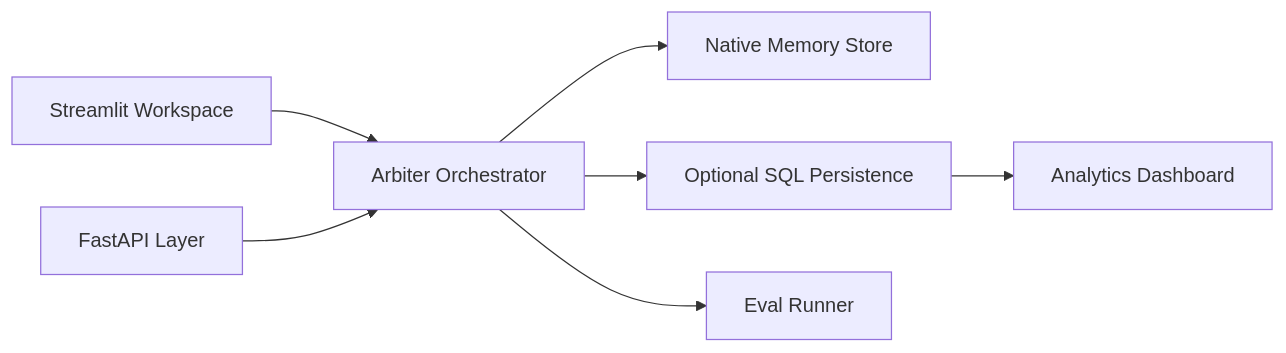
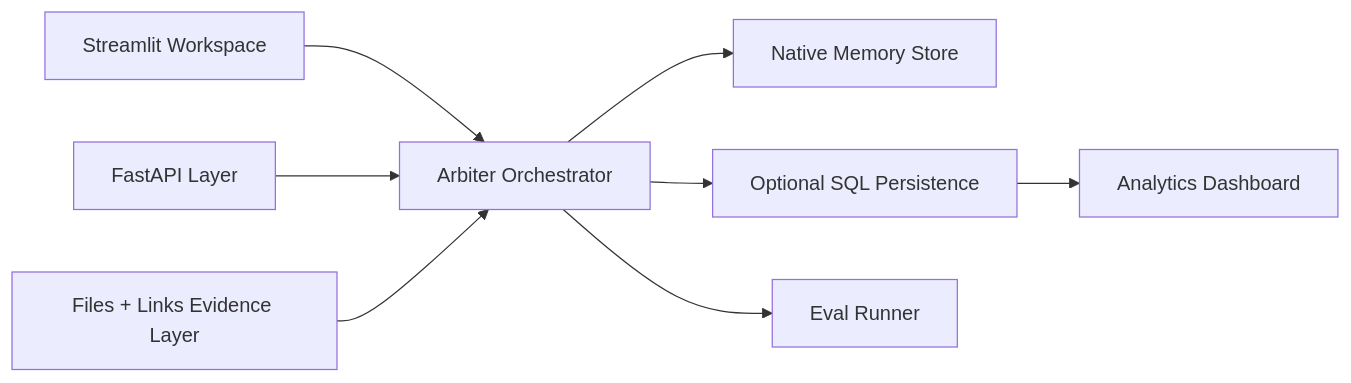
Before and after one commit to lucaomul/TheArbiter: the second of 2 diagrams in README.md, drawn with Mermaid. The commit also changed other lines of this file and 63 other files, not shown here.

````diff
--- a/README.md
+++ b/README.md
@@ -40,9 +73,10 @@
 ```mermaid
 flowchart LR
     UI["Streamlit Workspace"] --> ORCH["Arbiter Orchestrator"]
     API["FastAPI Layer"] --> ORCH
+    EVD["Files + Links Evidence Layer"] --> ORCH
     ORCH --> MEM["Native Memory Store"]
     ORCH --> SQL["Optional SQL Persistence"]
     ORCH --> EVAL["Eval Runner"]
     SQL --> AD["Analytics Dashboard"]
 ```
````
